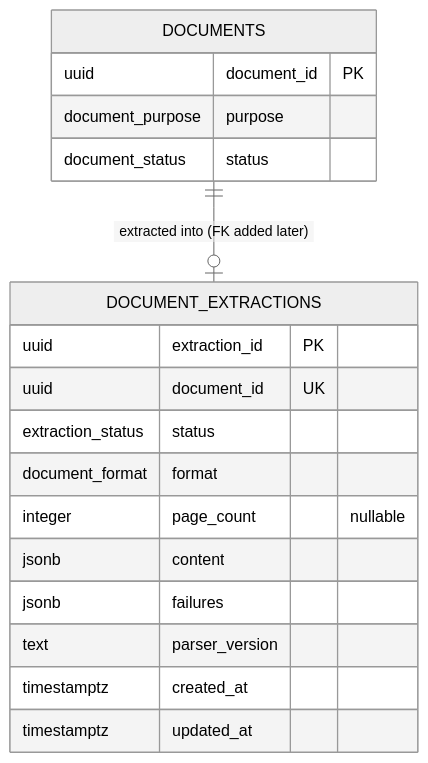
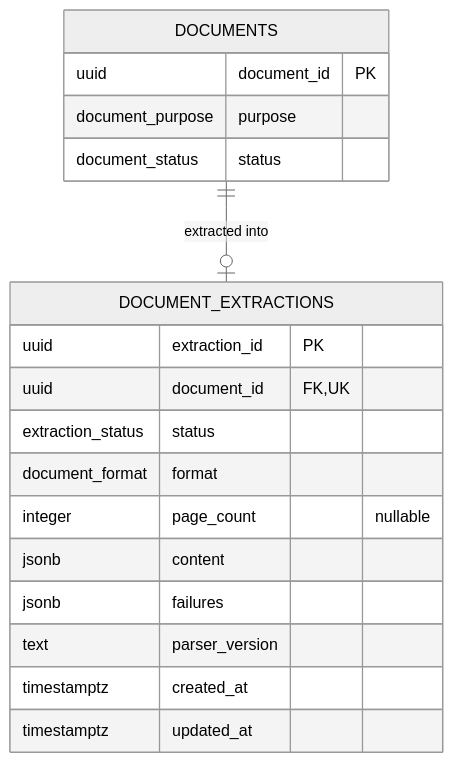
Before and after one commit to cv-parser-team/Backend: the first of 2 diagrams in docs/modules/parsing.md, drawn with Mermaid (neutral theme). The commit also changed other lines of this file and 6 other files, not shown here.

Commit message:
feat(parsing): link extractions to documents

````diff
--- a/docs/modules/parsing.md
+++ b/docs/modules/parsing.md
@@ -87,22 +86,22 @@
 ```mermaid
 erDiagram
-    DOCUMENTS ||--o| DOCUMENT_EXTRACTIONS : "extracted into (FK added later)"
+    DOCUMENTS ||--o| DOCUMENT_EXTRACTIONS : "extracted into"
 
     DOCUMENTS {
         uuid document_id PK
         document_purpose purpose
         document_status status
     }
     DOCUMENT_EXTRACTIONS {
         uuid extraction_id PK
-        uuid document_id UK
+        uuid document_id FK, UK
         extraction_status status
         document_format format
         integer page_count "nullable"
         jsonb content
         jsonb failures
         text parser_version
         timestamptz created_at
         timestamptz updated_at
     }
 ```
````
